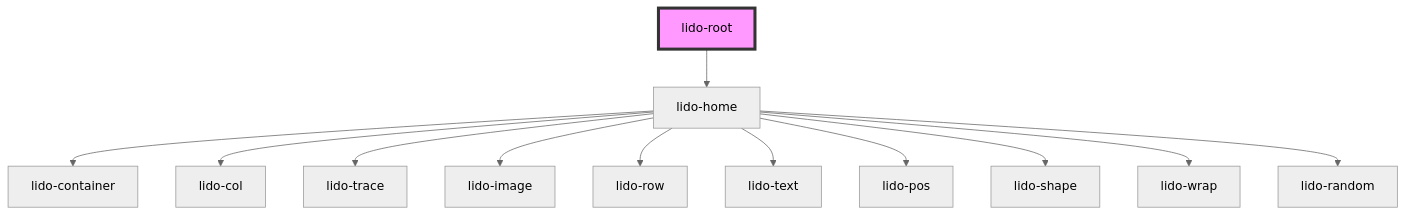
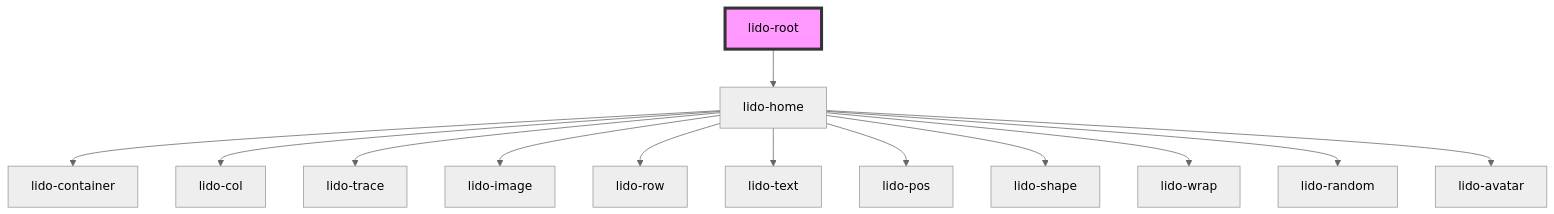
The diagram in src/components/root/readme.md (chimple/lido-player), drawn with Mermaid (neutral theme) before and after one commit. The commit also changed 19 other files, not shown here.

````diff
--- a/src/components/root/readme.md
+++ b/src/components/root/readme.md
@@ -25,15 +25,16 @@
 ```mermaid
 graph TD;
   lido-root --> lido-home
   lido-home --> lido-container
   lido-home --> lido-col
   lido-home --> lido-trace
   lido-home --> lido-image
   lido-home --> lido-row
   lido-home --> lido-text
   lido-home --> lido-pos
   lido-home --> lido-shape
   lido-home --> lido-wrap
   lido-home --> lido-random
+  lido-home --> lido-avatar
   style lido-root fill:#f9f,stroke:#333,stroke-width:4px
 ```
````
